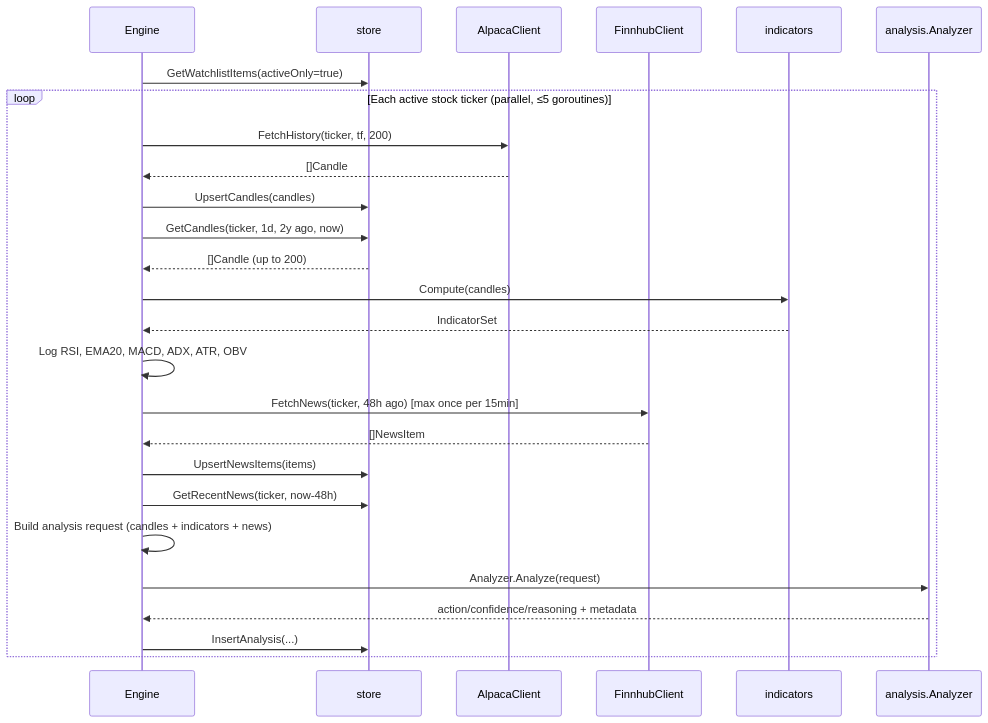
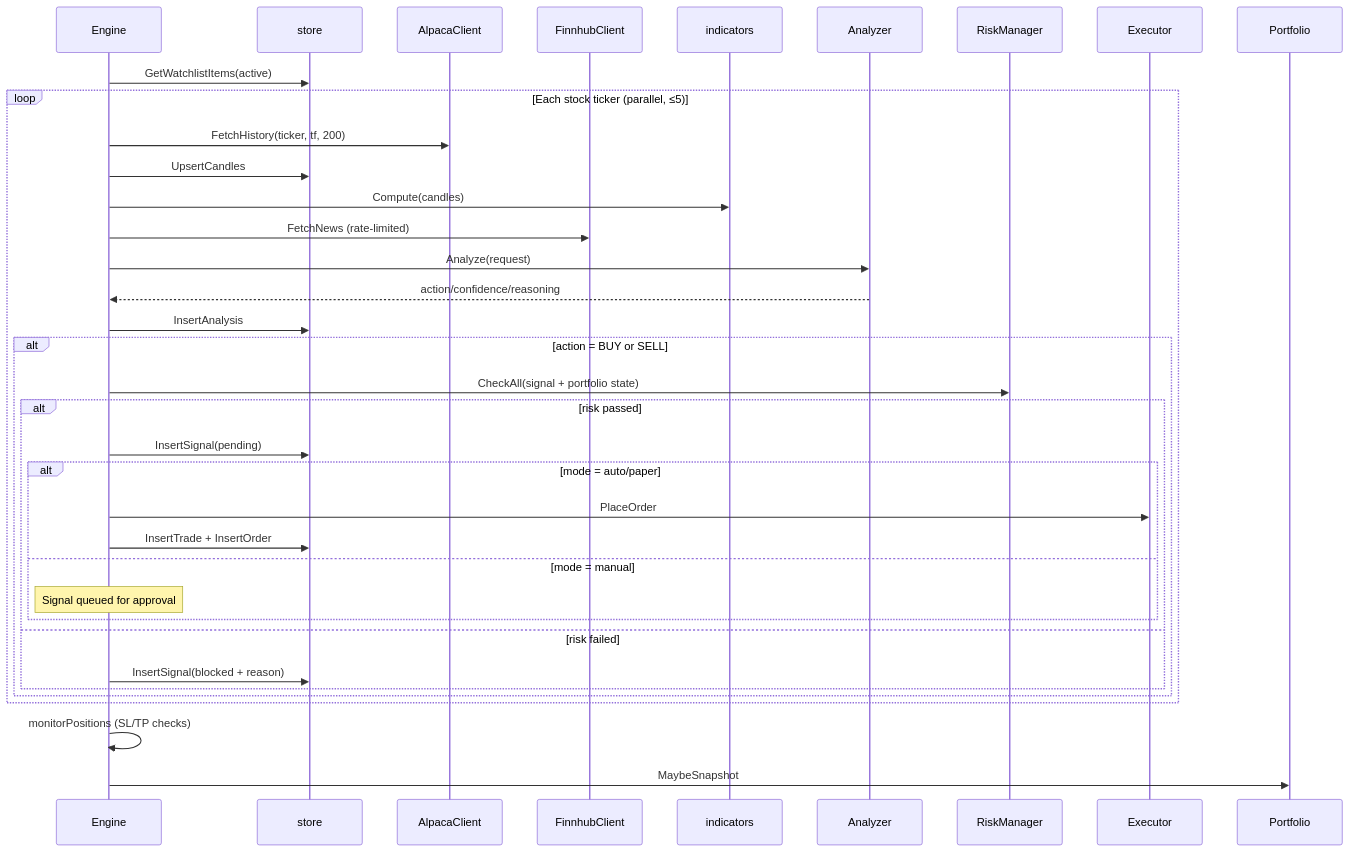
One commit to romeo-folie/trade-engine changed the first of 2 diagrams in internal/engine/README.md. Above: the diagram before and after it, drawn with Mermaid. The commit also changed other lines of this file and 22 other files, not shown here.

First line of the commit message:
feat: Phase 4 trading core — signals, risk, execution, positions, CLI

````diff
--- a/internal/engine/README.md
+++ b/internal/engine/README.md
@@ -31,29 +35,39 @@
 ```mermaid
 sequenceDiagram
     participant E as Engine
     participant DB as store
     participant A as AlpacaClient
     participant F as FinnhubClient
     participant I as indicators
-    participant L as analysis.Analyzer
+    participant L as Analyzer
+    participant R as RiskManager
+    participant X as Executor
+    participant P as Portfolio
 
-    E->>DB: GetWatchlistItems(activeOnly=true)
-    loop Each active stock ticker (parallel, ≤5 goroutines)
+    E->>DB: GetWatchlistItems(active)
+    loop Each stock ticker (parallel, ≤5)
         E->>A: FetchHistory(ticker, tf, 200)
-        A-->>E: []Candle
-        E->>DB: UpsertCandles(candles)
-        E->>DB: GetCandles(ticker, 1d, 2y ago, now)
-        DB-->>E: []Candle (up to 200)
+        E->>DB: UpsertCandles
         E->>I: Compute(candles)
-        I-->>E: IndicatorSet
-        E->>E: Log RSI, EMA20, MACD, ADX, ATR, OBV
-        E->>F: FetchNews(ticker, 48h ago) [max once per 15min]
-        F-->>E: []NewsItem
-        E->>DB: UpsertNewsItems(items)
-        E->>DB: GetRecentNews(ticker, now-48h)
-        E->>E: Build analysis request (candles + indicators + news)
-        E->>L: Analyzer.Analyze(request)
-        L-->>E: action/confidence/reasoning + metadata
-        E->>DB: InsertAnalysis(...)
+        E->>F: FetchNews (rate-limited)
+        E->>L: Analyze(request)
+        L-->>E: action/confidence/reasoning
+        E->>DB: InsertAnalysis
+        alt action = BUY or SELL
+            E->>R: CheckAll(signal + portfolio state)
+            alt risk passed
+                E->>DB: InsertSignal(pending)
+                alt mode = auto/paper
+                    E->>X: PlaceOrder
+                    E->>DB: InsertTrade + InsertOrder
+                else mode = manual
+                    Note over E: Signal queued for approval
+                end
+            else risk failed
+                E->>DB: InsertSignal(blocked + reason)
+            end
+        end
     end
+    E->>E: monitorPositions (SL/TP checks)
+    E->>P: MaybeSnapshot
 ```
````
